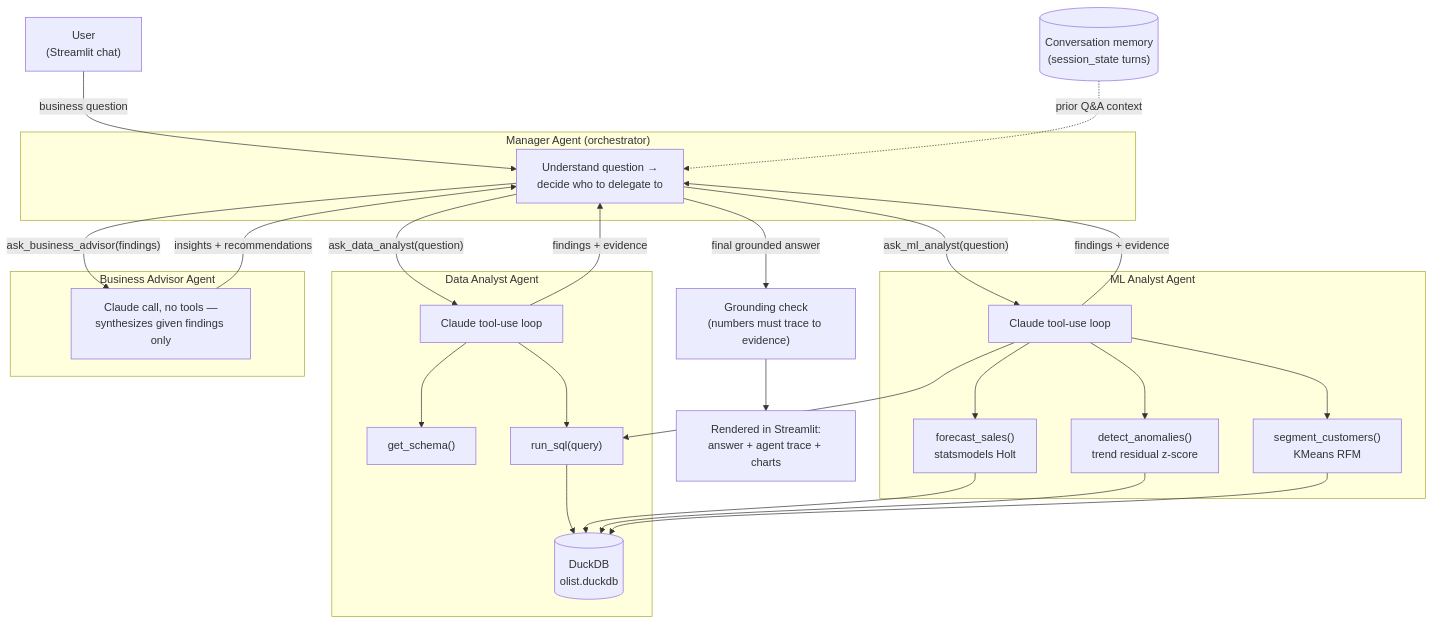
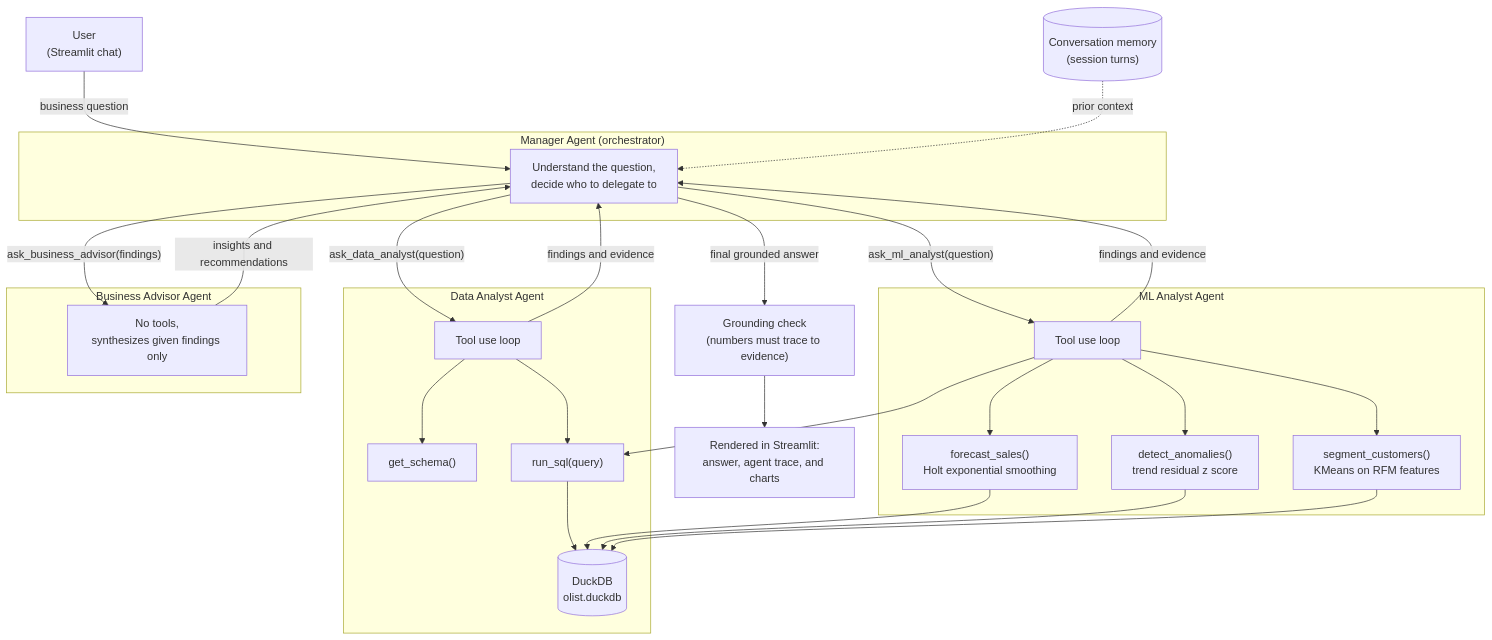
One commit to Sid8204/agentic-ai-business-analyst changed the diagram in README.md. Above: the diagram before and after it, drawn with Mermaid. The commit also changed other lines of this file and 3 other files, not shown here.

````diff
--- a/README.md
+++ b/README.md
@@ -25,43 +20,43 @@
 ```mermaid
 flowchart TD
     U["User<br/>(Streamlit chat)"] -->|"business question"| M
 
     subgraph Manager["Manager Agent (orchestrator)"]
-        M["Understand question →<br/>decide who to delegate to"]
+        M["Understand the question,<br/>decide who to delegate to"]
     end
 
     M -->|"ask_data_analyst(question)"| DA
     M -->|"ask_ml_analyst(question)"| ML
     M -->|"ask_business_advisor(findings)"| BA
 
     subgraph DataAnalyst["Data Analyst Agent"]
-        DA["Claude tool-use loop"]
+        DA["Tool use loop"]
         DA --> T1["get_schema()"]
         DA --> T2["run_sql(query)"]
         T2 --> DB1[("DuckDB<br/>olist.duckdb")]
     end
 
     subgraph MLAnalyst["ML Analyst Agent"]
-        ML["Claude tool-use loop"]
-        ML --> T3["forecast_sales()<br/>statsmodels Holt"]
-        ML --> T4["detect_anomalies()<br/>trend residual z-score"]
-        ML --> T5["segment_customers()<br/>KMeans RFM"]
+        ML["Tool use loop"]
+        ML --> T3["forecast_sales()<br/>Holt exponential smoothing"]
+        ML --> T4["detect_anomalies()<br/>trend residual z score"]
+        ML --> T5["segment_customers()<br/>KMeans on RFM features"]
         ML --> T2
         T3 --> DB1
         T4 --> DB1
         T5 --> DB1
     end
 
-    DA -->|"findings + evidence"| M
-    ML -->|"findings + evidence"| M
+    DA -->|"findings and evidence"| M
+    ML -->|"findings and evidence"| M
 
     subgraph BusinessAdvisor["Business Advisor Agent"]
-        BA["Claude call, no tools —<br/>synthesizes given findings only"]
+        BA["No tools,<br/>synthesizes given findings only"]
     end
 
-    BA -->|"insights + recommendations"| M
+    BA -->|"insights and recommendations"| M
     M -->|"final grounded answer"| G["Grounding check<br/>(numbers must trace to evidence)"]
-    G --> U2["Rendered in Streamlit:<br/>answer + agent trace + charts"]
+    G --> U2["Rendered in Streamlit:<br/>answer, agent trace, and charts"]
 
-    Mem[("Conversation memory<br/>(session_state turns)")] -.->|"prior Q&A context"| M
+    Mem[("Conversation memory<br/>(session turns)")] -.->|"prior context"| M
 ```
````
